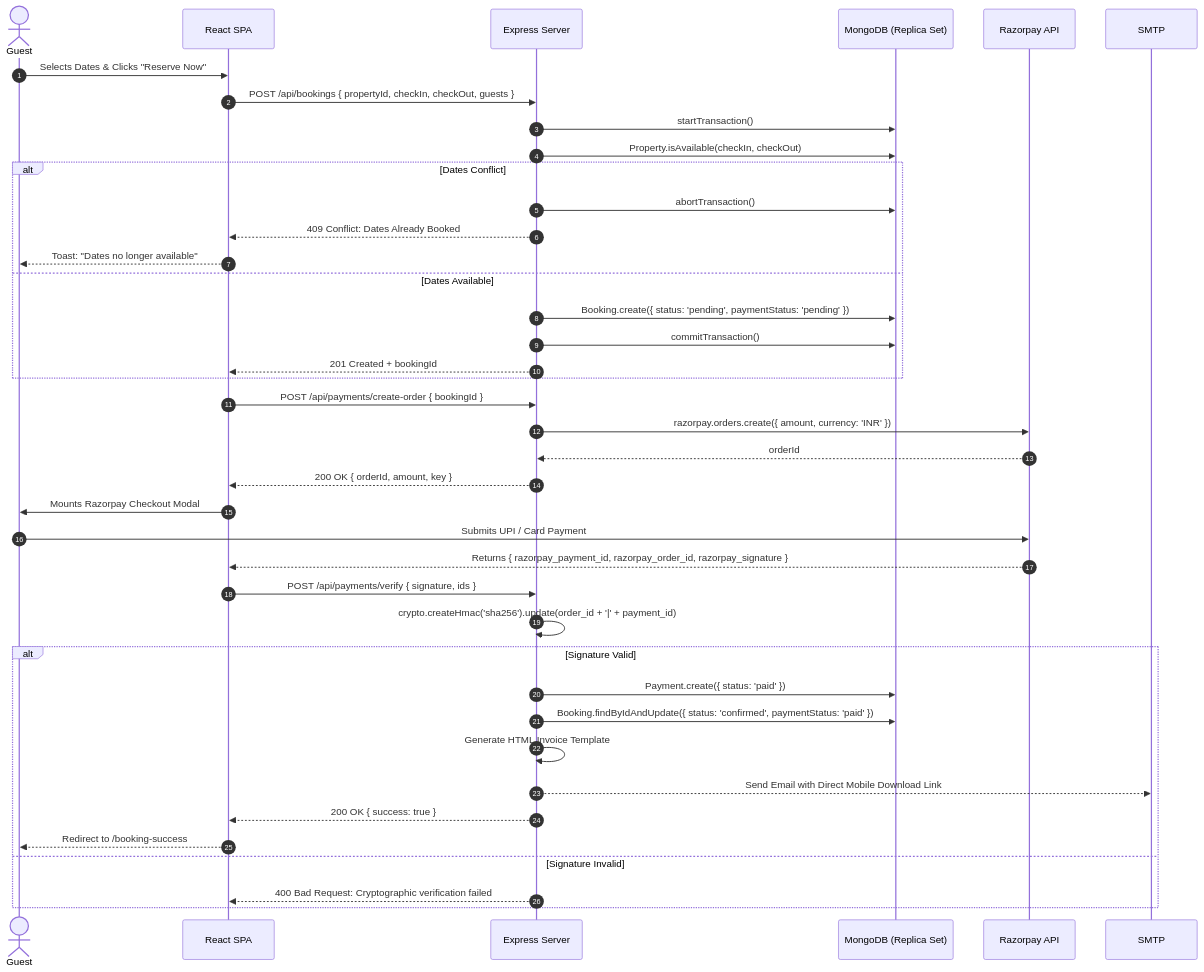
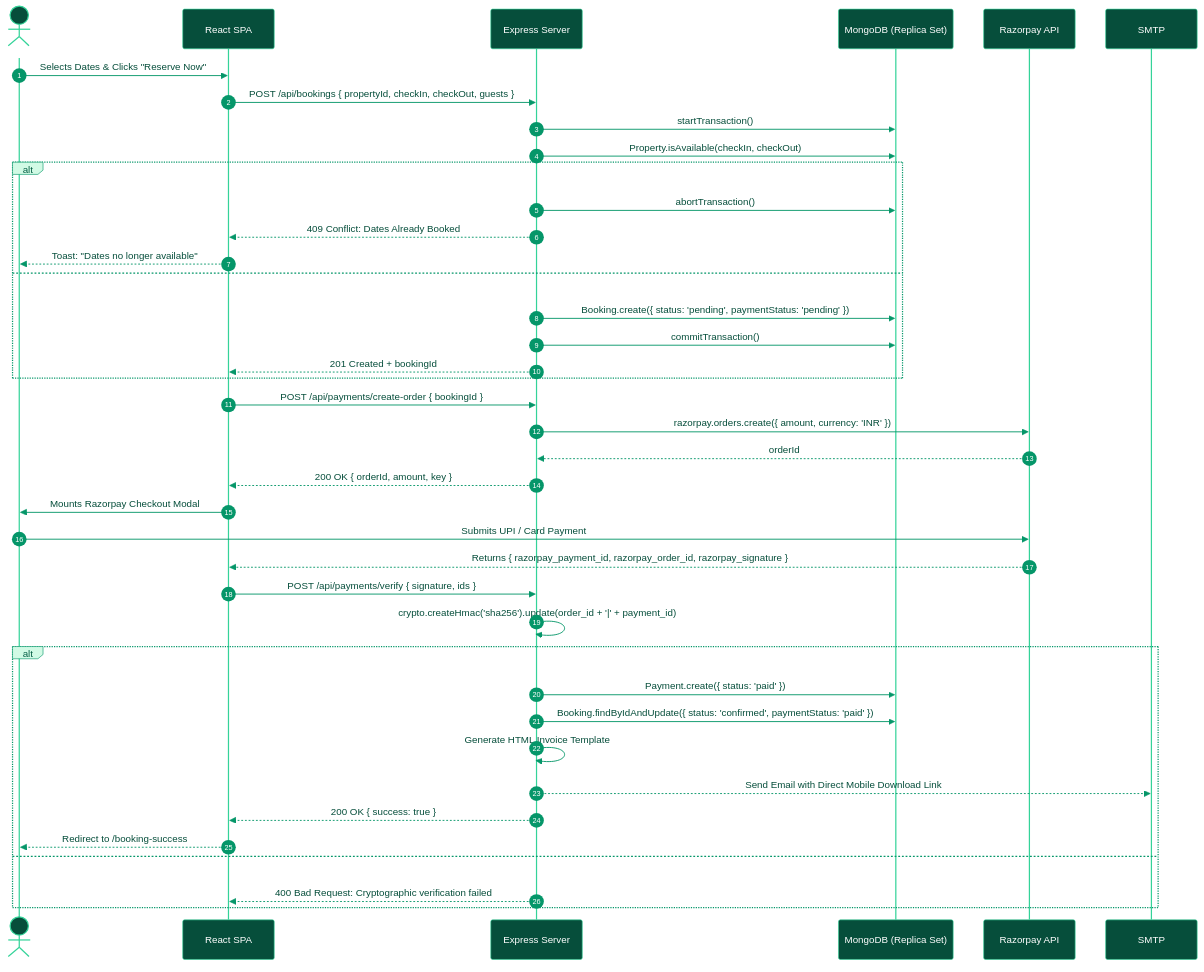
One commit to m4nish-dev/homely changed the third of 6 diagrams in README.md. Above: the diagram before and after it, drawn with Mermaid. The commit also changed other lines of this file, not shown here.

Commit message:
docs: center-align header, add custom vibrant colors to Mermaid diagrams, and remove AI emojis

````diff
--- a/README.md
+++ b/README.md
@@ -125,45 +168,65 @@
 ```mermaid
+%%{init: {
+  'theme': 'base',
+  'themeVariables': {
+    'primaryColor': '#059669',
+    'primaryTextColor': '#ffffff',
+    'primaryBorderColor': '#047857',
+    'actorBkg': '#064e3b',
+    'actorBorder': '#34d399',
+    'actorTextColor': '#ffffff',
+    'actorLineColor': '#34d399',
+    'signalColor': '#059669',
+    'signalTextColor': '#064e3b',
+    'labelBoxBkgColor': '#d1fae5',
+    'labelBoxBorderColor': '#059669',
+    'labelTextColor': '#065f46',
+    'activationBorderColor': '#059669',
+    'activationBkgColor': '#a7f3d0',
+    'sequenceNumberColor': '#ffffff'
+  }
+}}%%
 sequenceDiagram
     autonumber
     actor Guest as Guest
     participant Client as React SPA
     participant Server as Express Server
     participant DB as MongoDB (Replica Set)
     participant Razorpay as Razorpay API
 
     Guest->>Client: Selects Dates & Clicks "Reserve Now"
     Client->>Server: POST /api/bookings { propertyId, checkIn, checkOut, guests }
     Server->>DB: startTransaction()
     Server->>DB: Property.isAvailable(checkIn, checkOut)
     alt Dates Conflict
         Server->>DB: abortTransaction()
         Server-->>Client: 409 Conflict: Dates Already Booked
         Client-->>Guest: Toast: "Dates no longer available"
     else Dates Available
         Server->>DB: Booking.create({ status: 'pending', paymentStatus: 'pending' })
         Server->>DB: commitTransaction()
         Server-->>Client: 201 Created + bookingId
     end
 
     Client->>Server: POST /api/payments/create-order { bookingId }
     Server->>Razorpay: razorpay.orders.create({ amount, currency: 'INR' })
     Razorpay-->>Server: orderId
     Server-->>Client: 200 OK { orderId, amount, key }
 
     Client->>Guest: Mounts Razorpay Checkout Modal
     Guest->>Razorpay: Submits UPI / Card Payment
     Razorpay-->>Client: Returns { razorpay_payment_id, razorpay_order_id, razorpay_signature }
 
     Client->>Server: POST /api/payments/verify { signature, ids }
     Server->>Server: crypto.createHmac('sha256').update(order_id + '|' + payment_id)
     alt Signature Valid
         Server->>DB: Payment.create({ status: 'paid' })
         Server->>DB: Booking.findByIdAndUpdate({ status: 'confirmed', paymentStatus: 'paid' })
         Server->>Server: Generate HTML Invoice Template
         Server-->>SMTP: Send Email with Direct Mobile Download Link
         Server-->>Client: 200 OK { success: true }
         Client-->>Guest: Redirect to /booking-success
     else Signature Invalid
         Server-->>Client: 400 Bad Request: Cryptographic verification failed
     end
 ```
````
